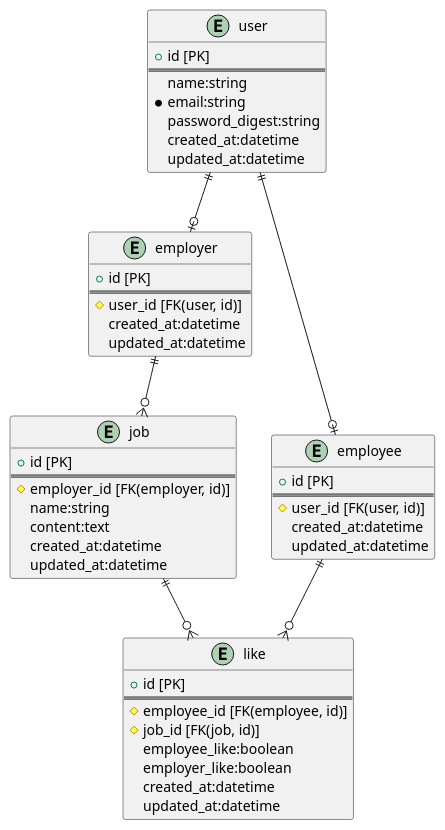
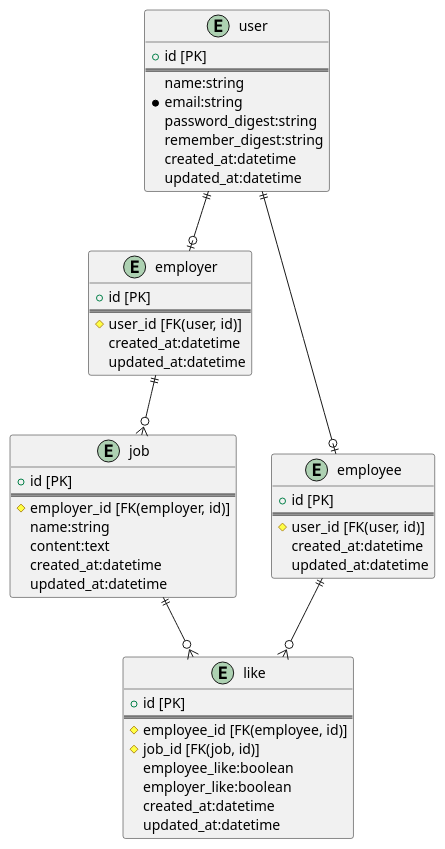
Before and after one commit to muryakami/Like-App: the diagram in ER-diagram.puml, drawn with PlantUML. The commit also changed 1 other file, not shown here.

Commit message:
Modify ER-diagram

```diff
--- a/ER-diagram.puml
+++ b/ER-diagram.puml
@@ -1,58 +1,59 @@
 @startuml prototype
 
 entity "user" {
   + id [PK]
   ==
   name:string
   * email:string
   password_digest:string
+  remember_digest:string
   created_at:datetime
   updated_at:datetime
 }
 
 entity "employer" {
   + id [PK]
   ==
   # user_id [FK(user, id)]
   created_at:datetime
   updated_at:datetime
 }
 
 entity "job" {
   + id [PK]
   ==
   # employer_id [FK(employer, id)]
   name:string
   content:text
   created_at:datetime
   updated_at:datetime
 }
 
 entity "employee" {
   + id [PK]
   ==
   # user_id [FK(user, id)]
   created_at:datetime
   updated_at:datetime
 }
 
 entity "like" {
   + id [PK]
   ==
   # employee_id [FK(employee, id)]
   # job_id [FK(job, id)]
   employee_like:boolean
   employer_like:boolean
   created_at:datetime
   updated_at:datetime
 }
 
 user ||--o| employer
 user ||--o| employee
 
 employer ||--o{ job
 
 job ||--o{ like
 employee ||--o{ like
 
 @enduml
```
